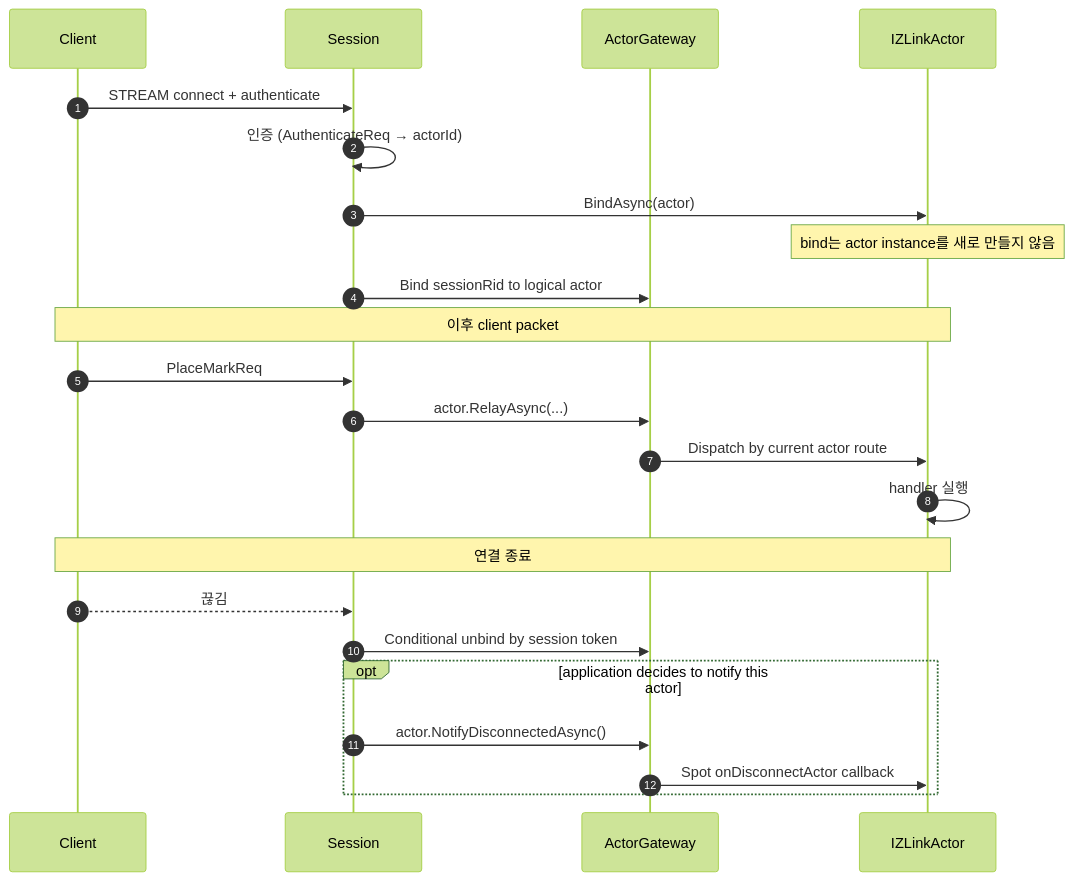
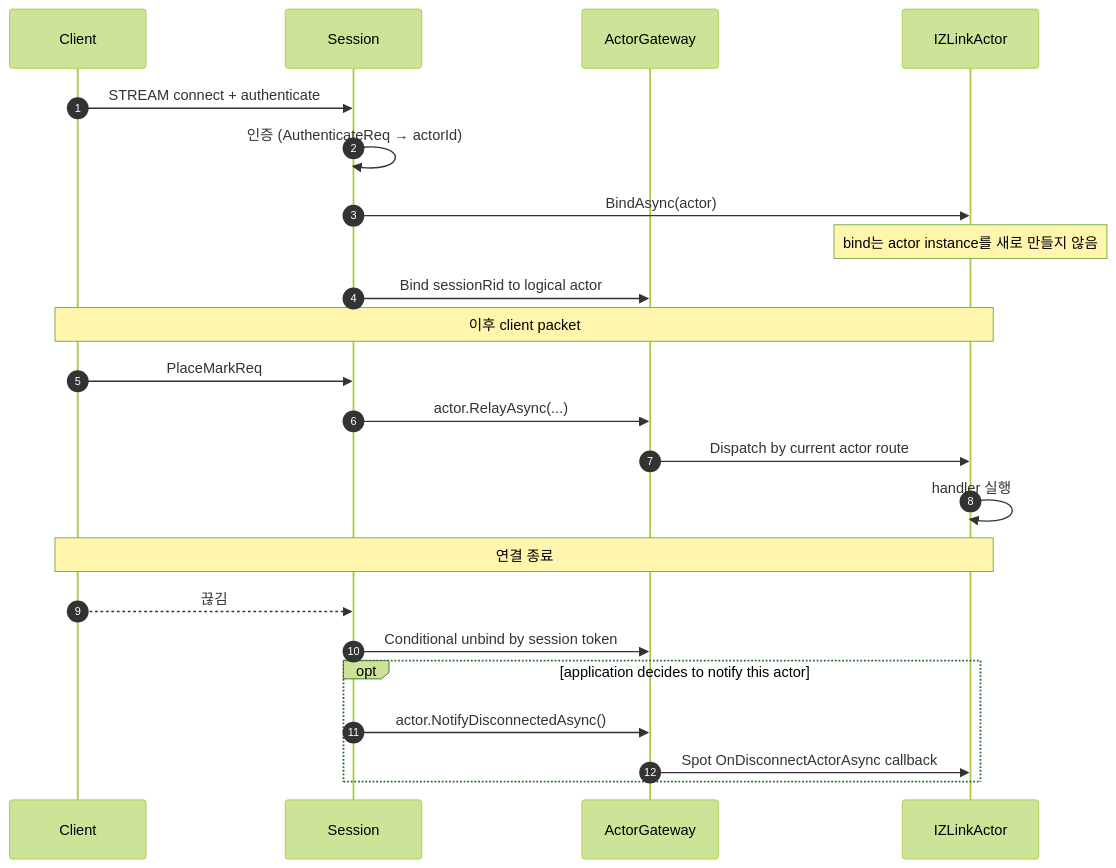
One commit to kairos-code-dev/zlink changed the second of 3 diagrams in framework/languages/dotnet/doc/spec/aspnet-core-actor.ko.md. Above: the diagram before and after it, drawn with Mermaid (forest theme). The commit also changed other lines of this file and 331 other files, not shown here.

````diff
--- a/framework/languages/dotnet/doc/spec/aspnet-core-actor.ko.md
+++ b/framework/languages/dotnet/doc/spec/aspnet-core-actor.ko.md
@@ -780,28 +781,28 @@
 ```mermaid
 sequenceDiagram
     autonumber
     participant C as Client
     participant S as Session
     participant G as ActorGateway
     participant Act as IZLinkActor
 
     C->>S: STREAM connect + authenticate
     S->>S: 인증 (AuthenticateReq → actorId)
     S->>Act: BindAsync(actor)
     Note over Act: bind는 actor instance를 새로 만들지 않음
     S->>G: Bind sessionRid to logical actor
 
     Note over C,Act: 이후 client packet
     C->>S: PlaceMarkReq
     S->>G: actor.RelayAsync(...)
     G->>Act: Dispatch by current actor route
     Act->>Act: handler 실행
 
     Note over C,Act: 연결 종료
     C-->>S: 끊김
     S->>G: Conditional unbind by session token
     opt application decides to notify this actor
         S->>G: actor.NotifyDisconnectedAsync()
-        G->>Act: Spot onDisconnectActor callback
+        G->>Act: Spot OnDisconnectActorAsync callback
     end
 ```
````
